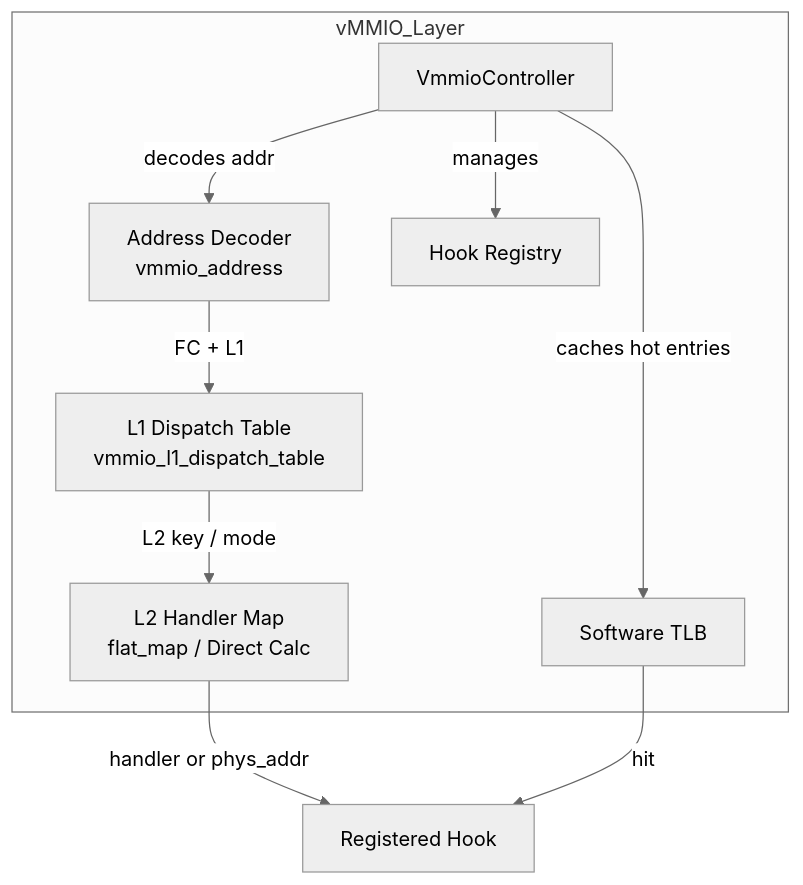
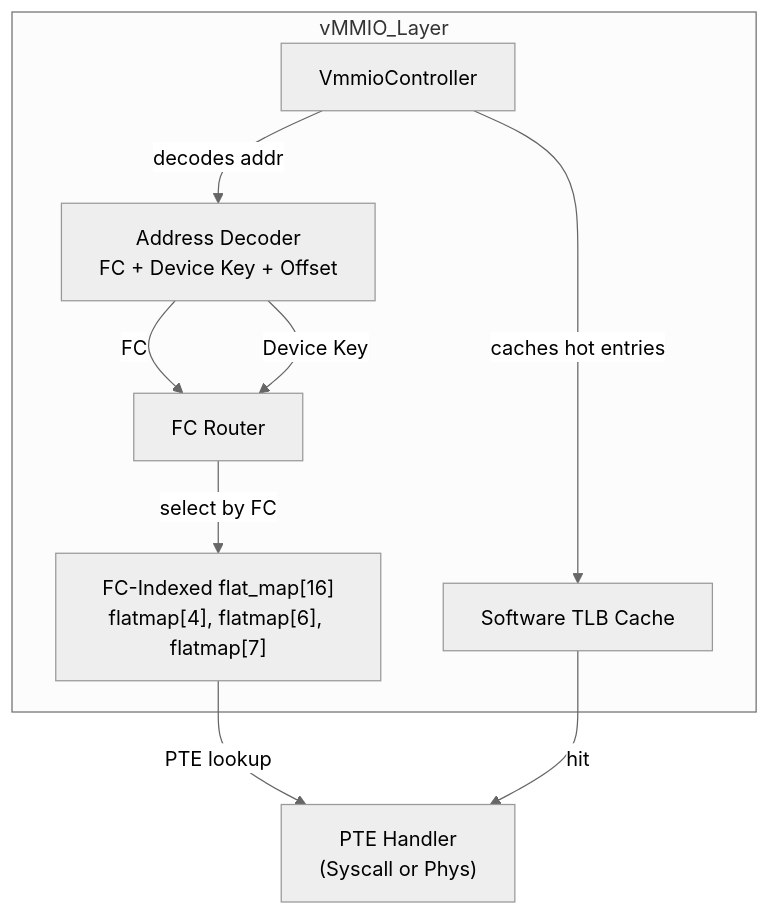
The first of 3 diagrams in docs/components/runtime/runtime_vmmio.md (kmt-t/fireball), drawn with Mermaid (neutral theme) before and after one commit. The commit also changed other lines of this file and 44 other files, not shown here.

````diff
--- a/docs/components/runtime/runtime_vmmio.md
+++ b/docs/components/runtime/runtime_vmmio.md
@@ -39,19 +37,18 @@
 ```mermaid
 graph TD
     subgraph vMMIO_Layer
-        Decoder[Address Decoder\nvmmio_address]
-        L1Table[L1 Dispatch Table\nvmmio_l1_dispatch_table]
-        L2Map[L2 Handler Map\nflat_map / Direct Calc]
+        Decoder[Address Decoder\nFC + Device Key + Offset]
+        FCRoute[FC Router]
+        FlatMaps["FC-Indexed flat_map[16]<br/>flatmap[4], flatmap[6], flatmap[7]"]
+        TLB[Software TLB Cache]
         Controller[VmmioController]
-        Registry[Hook Registry]
-        TLB[Software TLB]
     end
 
     Controller -- decodes addr --> Decoder
-    Decoder -- FC + L1 --> L1Table
-    L1Table -- L2 key / mode --> L2Map
-    L2Map -- handler or phys_addr --> Handler[Registered Hook]
-    Controller -- manages --> Registry
+    Decoder -- FC --> FCRoute
+    Decoder -- Device Key --> FCRoute
+    FCRoute -- select by FC --> FlatMaps
+    FlatMaps -- PTE lookup --> Handler["PTE Handler<br/>(Syscall or Phys)"]
     Controller -- caches hot entries --> TLB
     TLB -- hit --> Handler
 ```
````
